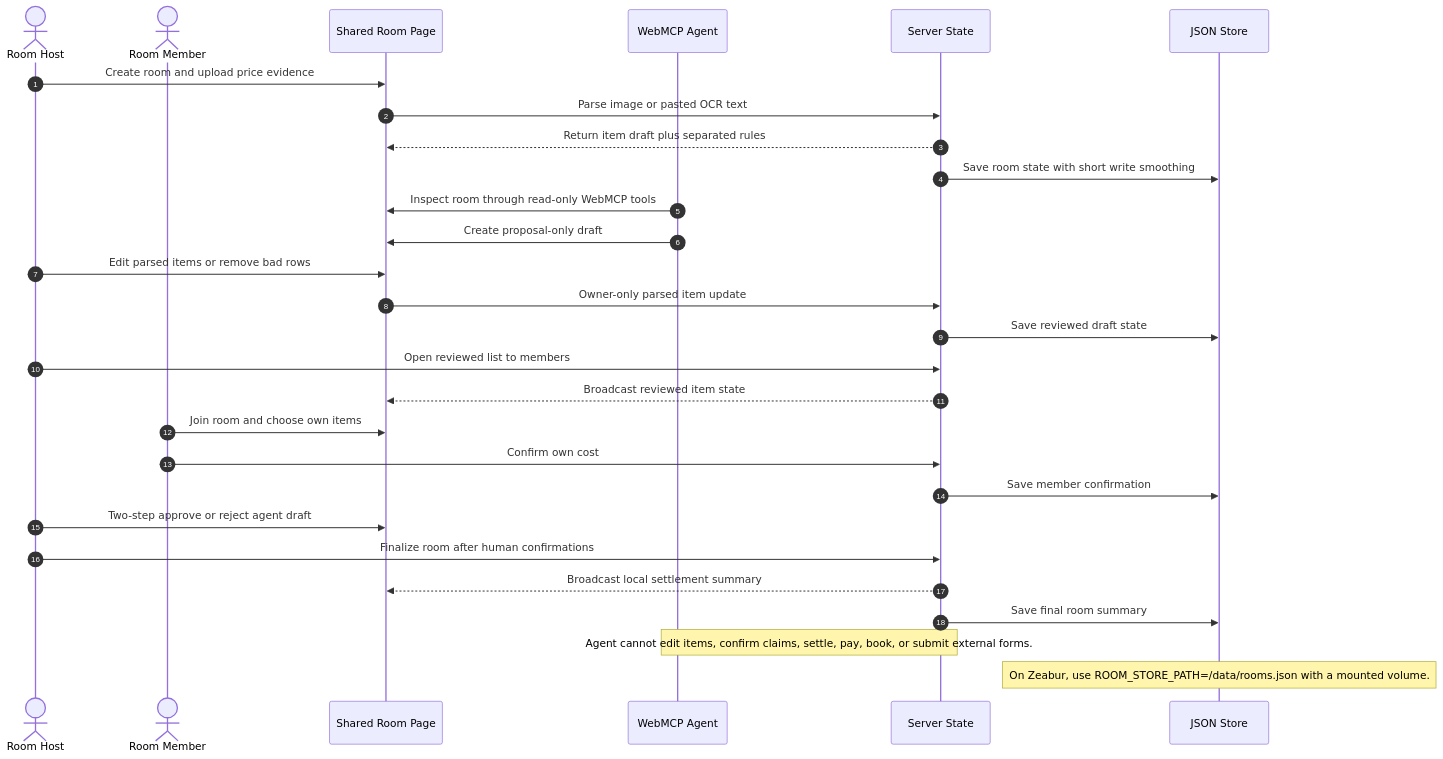
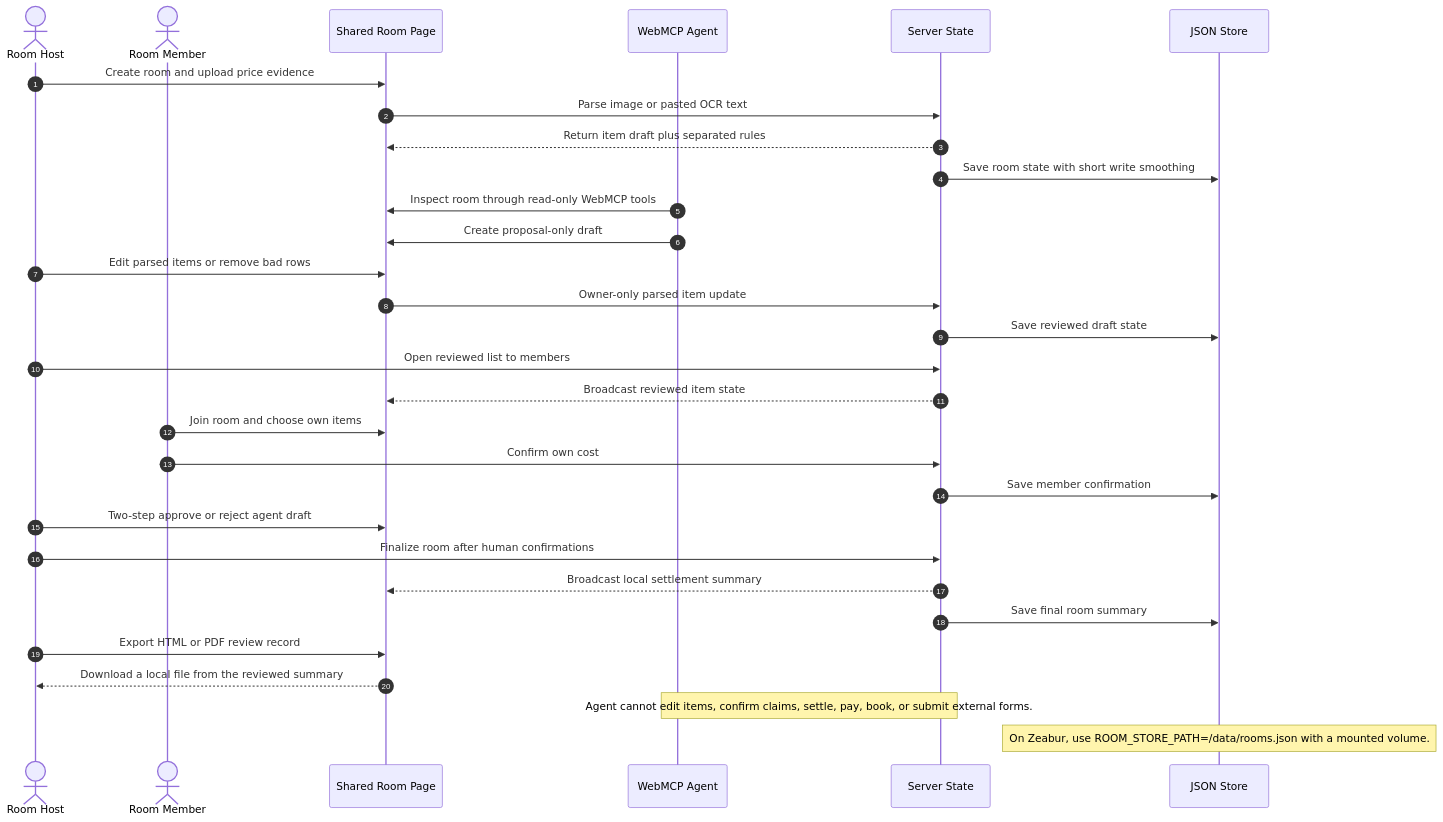
One commit to jiarong0423/shared-room-mcp changed the first of 2 diagrams in README.md. Above: the diagram before and after it, drawn with Mermaid. The commit also changed other lines of this file and 11 other files, not shown here.

Commit message:
Add reviewed room export records

````diff
--- a/README.md
+++ b/README.md
@@ -164,32 +170,34 @@
 ```mermaid
 sequenceDiagram
   autonumber
   actor Host as Room Host
   actor Member as Room Member
   participant Page as Shared Room Page
   participant Agent as WebMCP Agent
   participant Server as Server State
   participant Store as JSON Store
 
   Host->>Page: Create room and upload price evidence
   Page->>Server: Parse image or pasted OCR text
   Server-->>Page: Return item draft plus separated rules
   Server->>Store: Save room state with short write smoothing
   Agent->>Page: Inspect room through read-only WebMCP tools
   Agent->>Page: Create proposal-only draft
   Host->>Page: Edit parsed items or remove bad rows
   Page->>Server: Owner-only parsed item update
   Server->>Store: Save reviewed draft state
   Host->>Server: Open reviewed list to members
   Server-->>Page: Broadcast reviewed item state
   Member->>Page: Join room and choose own items
   Member->>Server: Confirm own cost
   Server->>Store: Save member confirmation
   Host->>Page: Two-step approve or reject agent draft
   Host->>Server: Finalize room after human confirmations
   Server-->>Page: Broadcast local settlement summary
   Server->>Store: Save final room summary
+  Host->>Page: Export HTML or PDF review record
+  Page-->>Host: Download a local file from the reviewed summary
 
   Note over Agent,Server: Agent cannot edit items, confirm claims, settle, pay, book, or submit external forms.
   Note over Store: On Zeabur, use ROOM_STORE_PATH=/data/rooms.json with a mounted volume.
 ```
````
